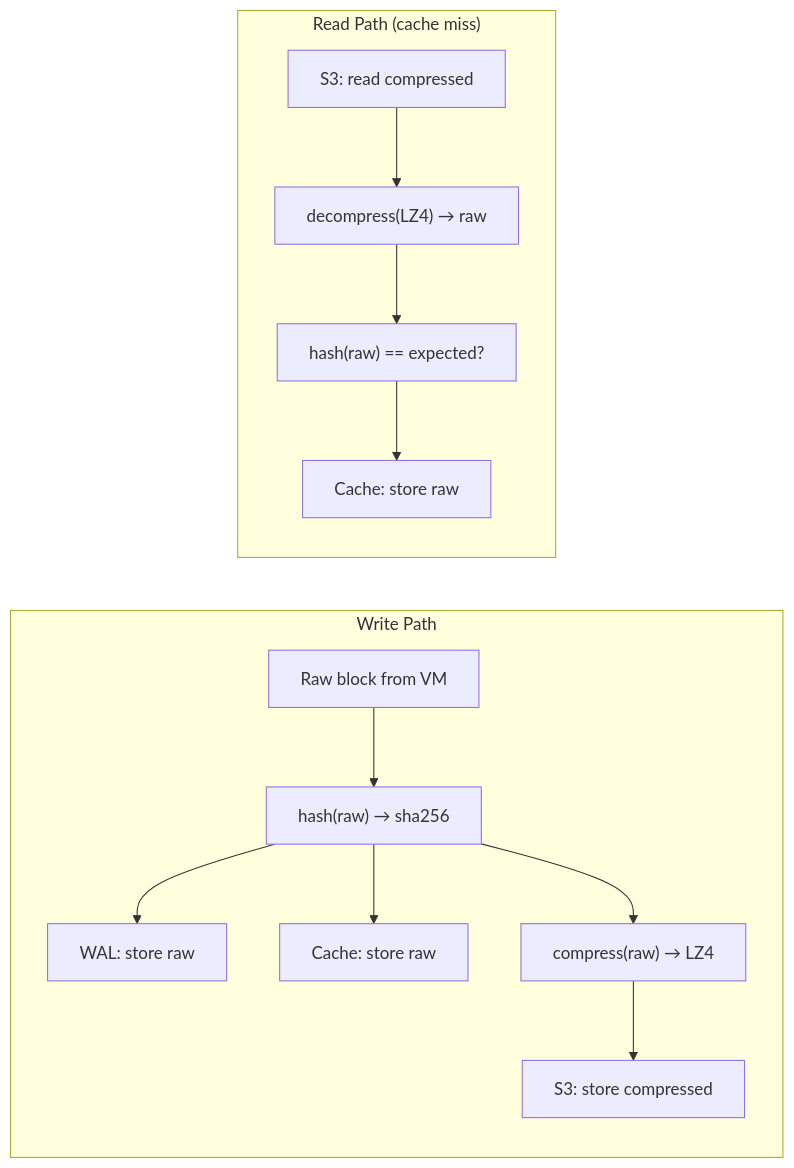
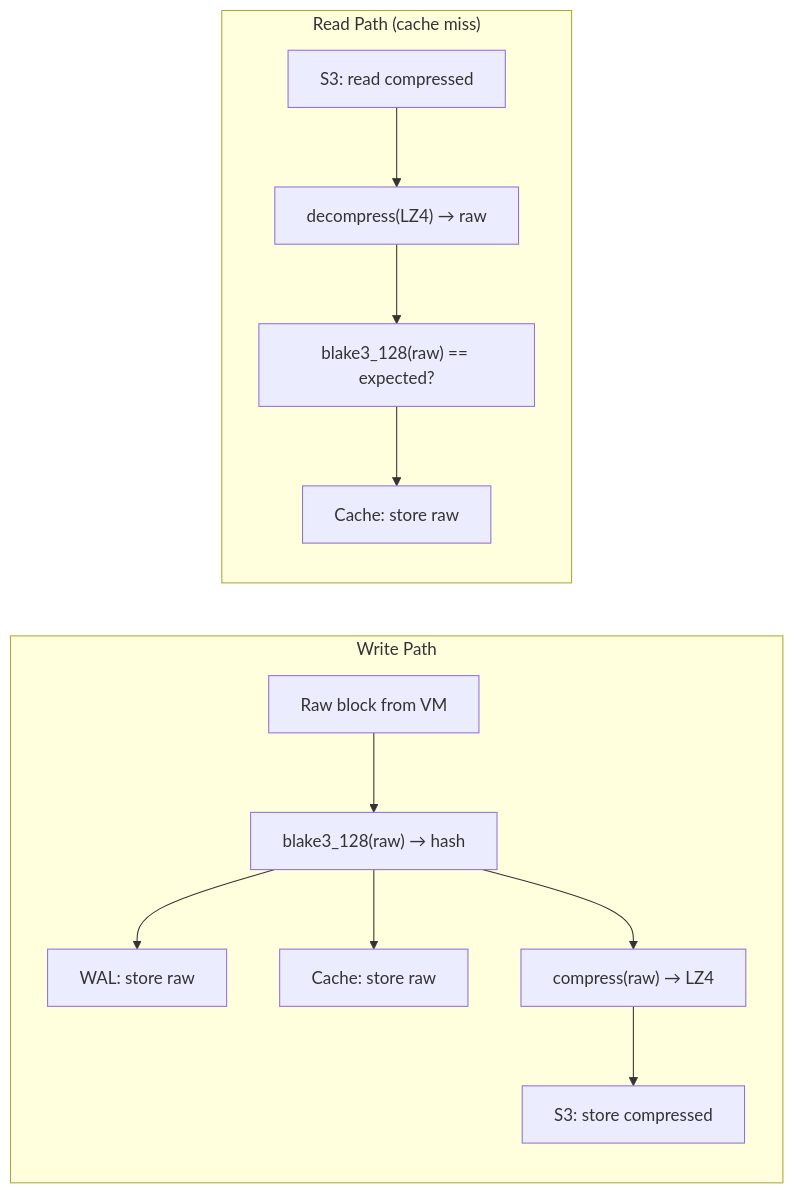
One commit to paraglidehq/glidefs changed diagram 12 of 18 in GLIDEv2.md. Above: the diagram before and after it, drawn with Mermaid. The commit also changed other lines of this file, not shown here.

````diff
--- a/GLIDEv2.md
+++ b/GLIDEv2.md
@@ -367,16 +616,16 @@
 ```mermaid
 graph LR
     subgraph "Write Path"
-        W_RAW["Raw block from VM"] --> W_HASH["hash(raw) → sha256"]
+        W_RAW["Raw block from VM"] --> W_HASH["blake3_128(raw) → hash"]
         W_HASH --> W_WAL["WAL: store raw"]
         W_HASH --> W_CACHE["Cache: store raw"]
         W_HASH --> W_COMPRESS["compress(raw) → LZ4"]
         W_COMPRESS --> W_S3["S3: store compressed"]
     end
 
     subgraph "Read Path (cache miss)"
         R_S3["S3: read compressed"] --> R_DECOMPRESS["decompress(LZ4) → raw"]
-        R_DECOMPRESS --> R_VERIFY["hash(raw) == expected?"]
+        R_DECOMPRESS --> R_VERIFY["blake3_128(raw) == expected?"]
         R_VERIFY --> R_CACHE["Cache: store raw"]
     end
 ```
````
